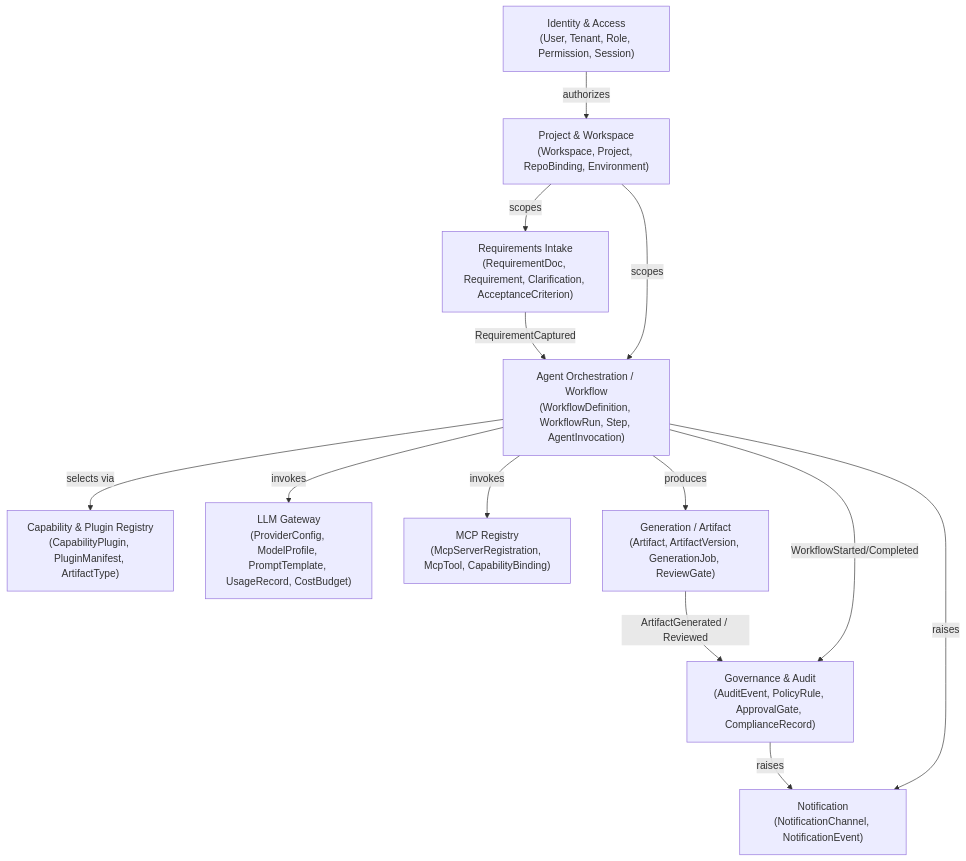
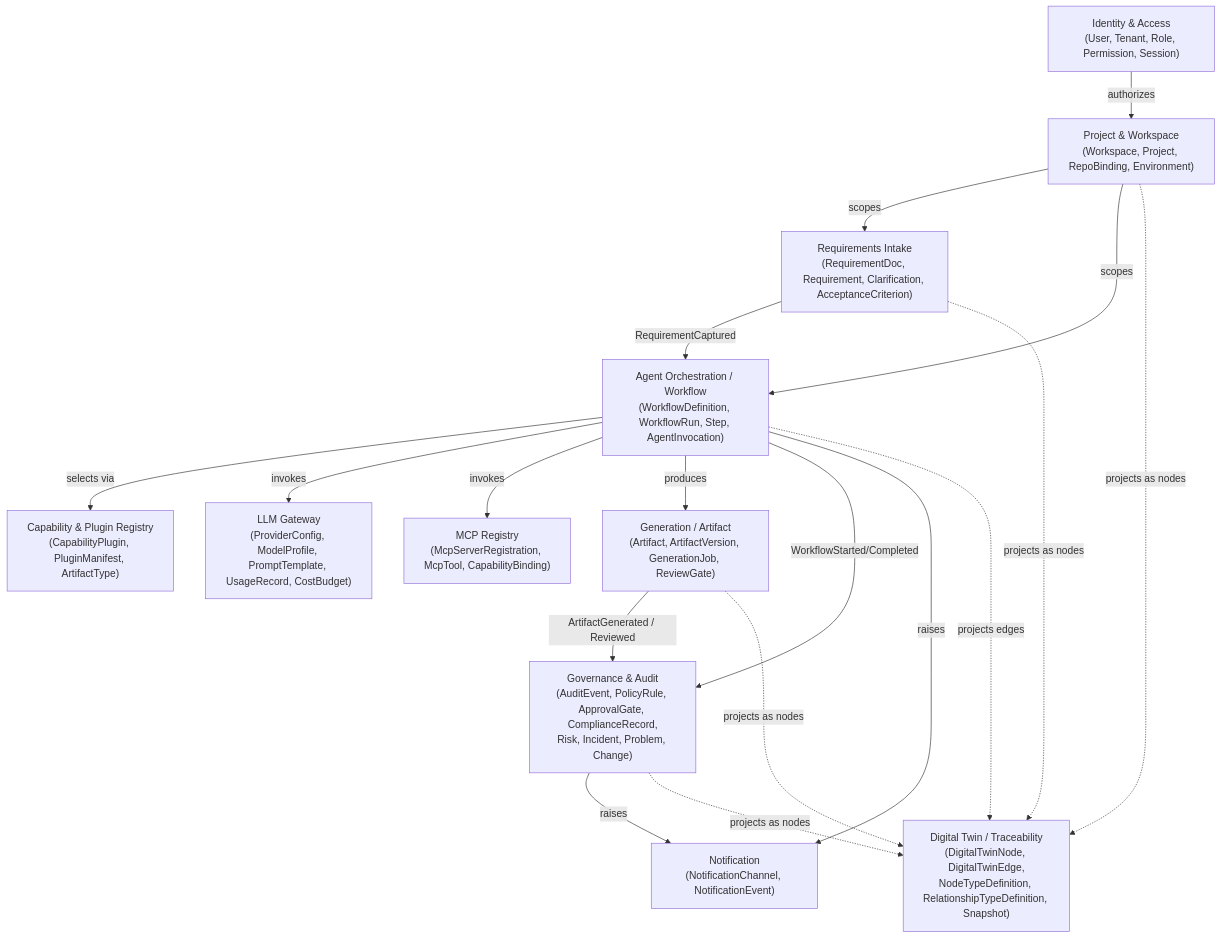
Before and after one commit to JDMata/Builder-Platform-OS: the diagram in docs/architecture/02-domain-model.md, drawn with Mermaid. The commit also changed other lines of this file and 12 other files, not shown here.

````diff
--- a/docs/architecture/02-domain-model.md
+++ b/docs/architecture/02-domain-model.md
@@ -7,26 +7,32 @@
 ```mermaid
 graph TB
     IAM["Identity & Access<br/>(User, Tenant, Role, Permission, Session)"]
     PROJ["Project & Workspace<br/>(Workspace, Project, RepoBinding, Environment)"]
     REQ["Requirements Intake<br/>(RequirementDoc, Requirement, Clarification, AcceptanceCriterion)"]
     CAP["Capability & Plugin Registry<br/>(CapabilityPlugin, PluginManifest, ArtifactType)"]
     WF["Agent Orchestration / Workflow<br/>(WorkflowDefinition, WorkflowRun, Step, AgentInvocation)"]
     LLM["LLM Gateway<br/>(ProviderConfig, ModelProfile, PromptTemplate, UsageRecord, CostBudget)"]
     MCP["MCP Registry<br/>(McpServerRegistration, McpTool, CapabilityBinding)"]
     GEN["Generation / Artifact<br/>(Artifact, ArtifactVersion, GenerationJob, ReviewGate)"]
-    GOV["Governance & Audit<br/>(AuditEvent, PolicyRule, ApprovalGate, ComplianceRecord)"]
+    GOV["Governance & Audit<br/>(AuditEvent, PolicyRule, ApprovalGate, ComplianceRecord,<br/>Risk, Incident, Problem, Change)"]
     NOTIF["Notification<br/>(NotificationChannel, NotificationEvent)"]
+    DT["Digital Twin / Traceability<br/>(DigitalTwinNode, DigitalTwinEdge,<br/>NodeTypeDefinition, RelationshipTypeDefinition, Snapshot)"]
 
     REQ -->|"RequirementCaptured"| WF
     WF -->|"selects via"| CAP
     WF -->|"invokes"| LLM
     WF -->|"invokes"| MCP
     WF -->|"produces"| GEN
     GEN -->|"ArtifactGenerated / Reviewed"| GOV
     WF -->|"WorkflowStarted/Completed"| GOV
     PROJ -->|"scopes"| REQ
     PROJ -->|"scopes"| WF
     IAM -->|"authorizes"| PROJ
     GOV -->|"raises"| NOTIF
     WF -->|"raises"| NOTIF
+    REQ -. "projects as nodes" .-> DT
+    GEN -. "projects as nodes" .-> DT
+    PROJ -. "projects as nodes" .-> DT
+    GOV -. "projects as nodes" .-> DT
+    WF -. "projects edges" .-> DT
 ```
````
